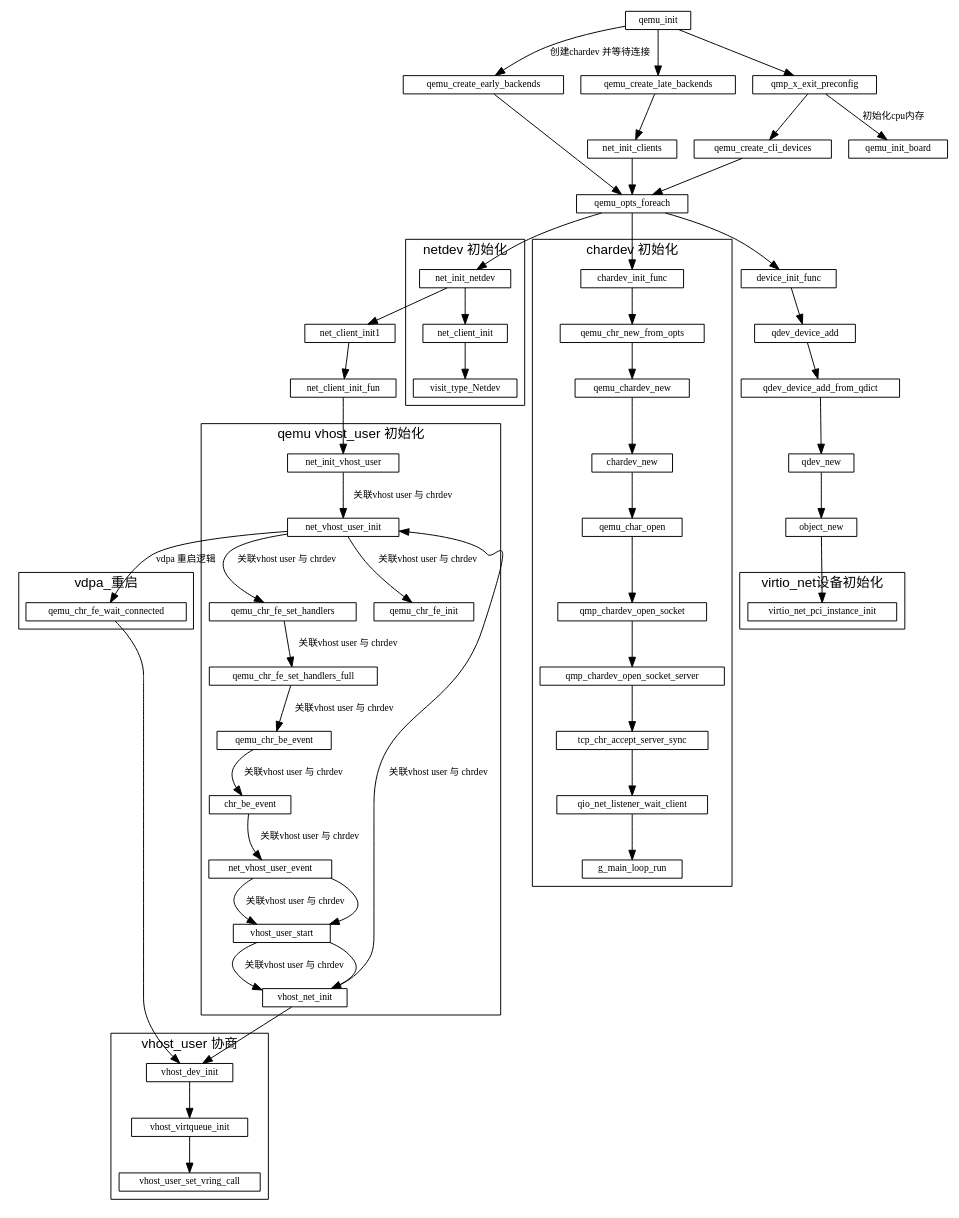
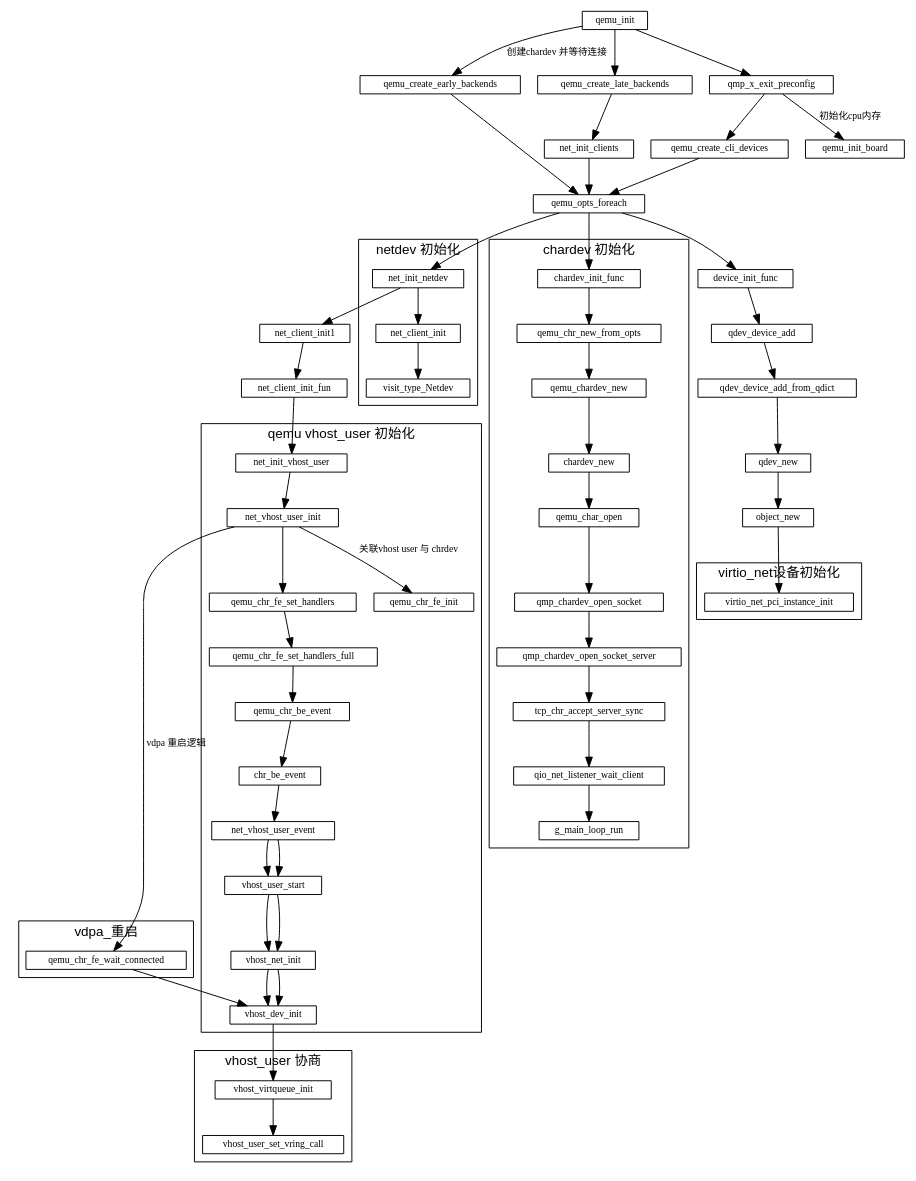
Before and after one commit to sisyphus1212/note: the diagram in qemu/qemu初始化.md, drawn with Graphviz.

Commit message:
auto_update

```diff
--- a/qemu/qemu初始化.md
+++ b/qemu/qemu初始化.md
@@ -57,7 +57,7 @@
                             -> net_vhost_user_event
                             -> vhost_user_start
                             -> vhost_net_init
-                            ->
+                            -> vhost_dev_init
 
 
         net_vhost_user_init -> qemu_chr_fe_init[label="关联vhost user 与 chrdev"]
```
